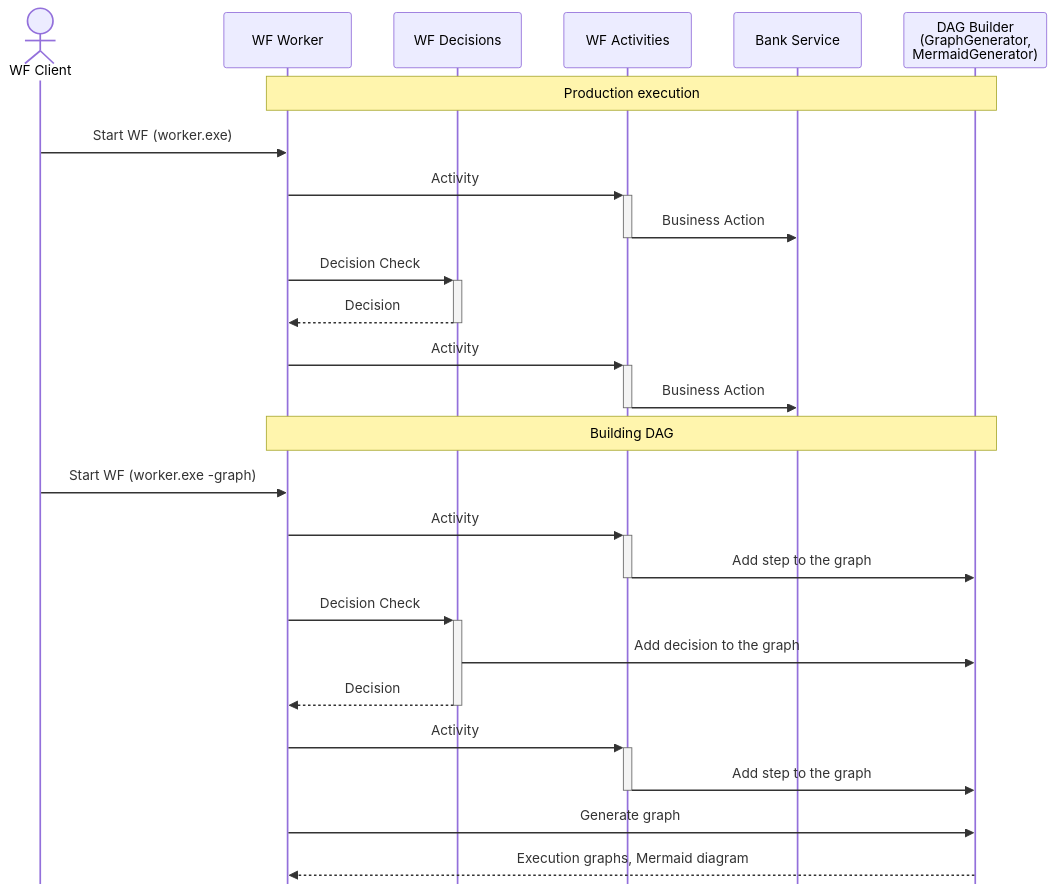
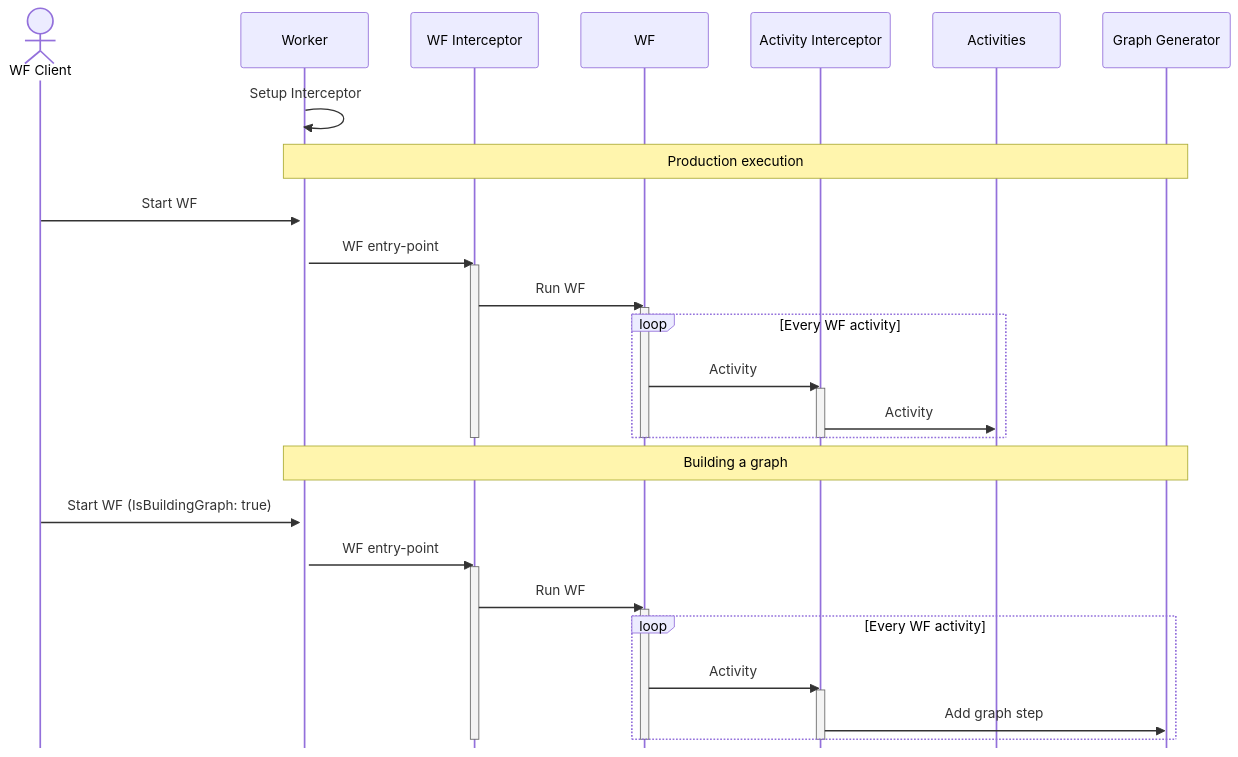
Before and after one commit to oleg-shilo/Temporalio.Graphs: the diagram in README.md, drawn with Mermaid. The commit also changed other lines of this file and 4 other files, not shown here.

````diff
--- a/README.md
+++ b/README.md
@@ -36,43 +116,50 @@
 ```mermaid
 %%{init: {"sequence": {"mirrorActors": false}} }%%
 
 sequenceDiagram
-    actor client as WF Client
-    participant worker as WF Worker
-    participant dec as WF Decisions
-    participant act as WF Activities
-    participant bank as Bank Service 
-    participant dag as DAG Builder <br>(GraphGenerator,<br> MermaidGenerator)
+   actor client as WF Client
+   participant worker as Worker
+   participant wf-int as WF Interceptor
+   participant wf as WF
+   participant act-int as Activity Interceptor
+   participant act as Activities
+   participant graph as Graph Generator
 
-    %% ---------------------------------
+   %% ---------------------------------
 
-    Note over worker,dag: Production  execution
-    client ->> worker: Start WF (worker.exe)
-    
-    worker ->>+ act: Activity 
-    act ->>- bank: Business Action 
+   worker ->>+ worker: Setup Interceptor
+   
+   Note over worker,graph: Production  execution
+   client ->> worker: Start WF 
+   
+   worker ->> wf-int: WF entry-point 
+   activate wf-int
+   wf-int ->> wf: Run WF
+   activate wf
+   loop Every WF activity
+      wf ->> act-int: Activity 
+      activate act-int
+      act-int ->> act: Activity 
+   end
+   deactivate act-int
+   deactivate wf
+   deactivate wf-int
 
-    worker ->>+ dec: Decision Check
-    dec -->>- worker: Decision
-    
-    worker ->>+ act: Activity 
-    act ->>- bank: Business Action 
+   %% ---------------------------------
 
-    %% ---------------------------------
+   Note over worker,graph: Building a graph
+   client ->> worker: Start WF (IsBuildingGraph: true)
 
-    Note over worker,dag: Building DAG
-    client ->> worker: Start WF (worker.exe -graph)
-
-    worker ->>+ act: Activity 
-    act ->>- dag: Add step to the graph 
-
-    worker ->>+ dec: Decision Check
-    dec ->> dag: Add decision to the graph 
-    dec -->>- worker: Decision
-    
-    worker ->>+ act: Activity 
-    act ->>- dag: Add step to the graph 
-
-    worker ->> dag: Generate graph
-    dag -->> worker:  Execution graphs, Mermaid diagram 
+   worker ->> wf-int: WF entry-point 
+   activate wf-int
+   wf-int ->> wf: Run WF
+   activate wf
+   loop Every WF activity
+      wf ->> act-int: Activity 
+      activate act-int
+      act-int ->> graph: Add graph step 
+   end
+   deactivate act-int
+   deactivate wf
+   deactivate wf-int
 ```
````
